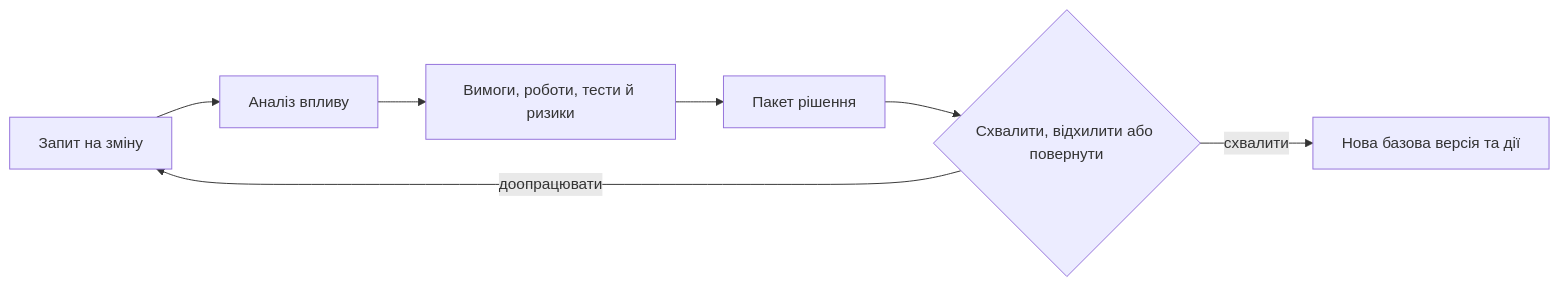
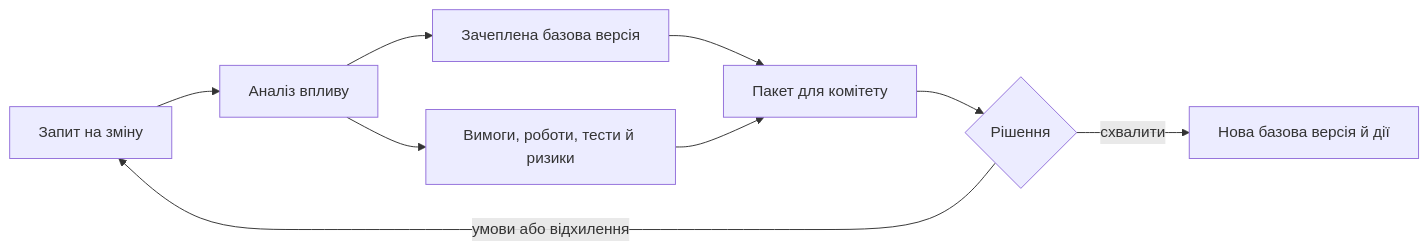
The diagram in Project_Management/Gen2/02-План-базові-версії-та-зміни-UA.md (nick-fedchik/articles), drawn with Mermaid before and after one commit. The commit also changed other lines of this file and 8 other files, not shown here.

````diff
--- a/Project_Management/Gen2/02-План-базові-версії-та-зміни-UA.md
+++ b/Project_Management/Gen2/02-План-базові-версії-та-зміни-UA.md
@@ -23,9 +153,11 @@
 ```mermaid
 flowchart LR
-    C[Запит на зміну] --> I[Аналіз впливу]
-    I --> R[Вимоги, роботи, тести й ризики]
-    R --> P[Пакет рішення]
-    P --> D{Схвалити, відхилити або повернути}
-    D -->|схвалити| B[Нова базова версія та дії]
-    D -->|доопрацювати| C
+    CR[Запит на зміну] --> I[Аналіз впливу]
+    I --> B[Зачеплена базова версія]
+    I --> T[Вимоги, роботи, тести й ризики]
+    B --> P[Пакет для комітету]
+    T --> P
+    P --> D{Рішення}
+    D -->|схвалити| NB[Нова базова версія й дії]
+    D -->|умови або відхилення| CR
 ```
````
